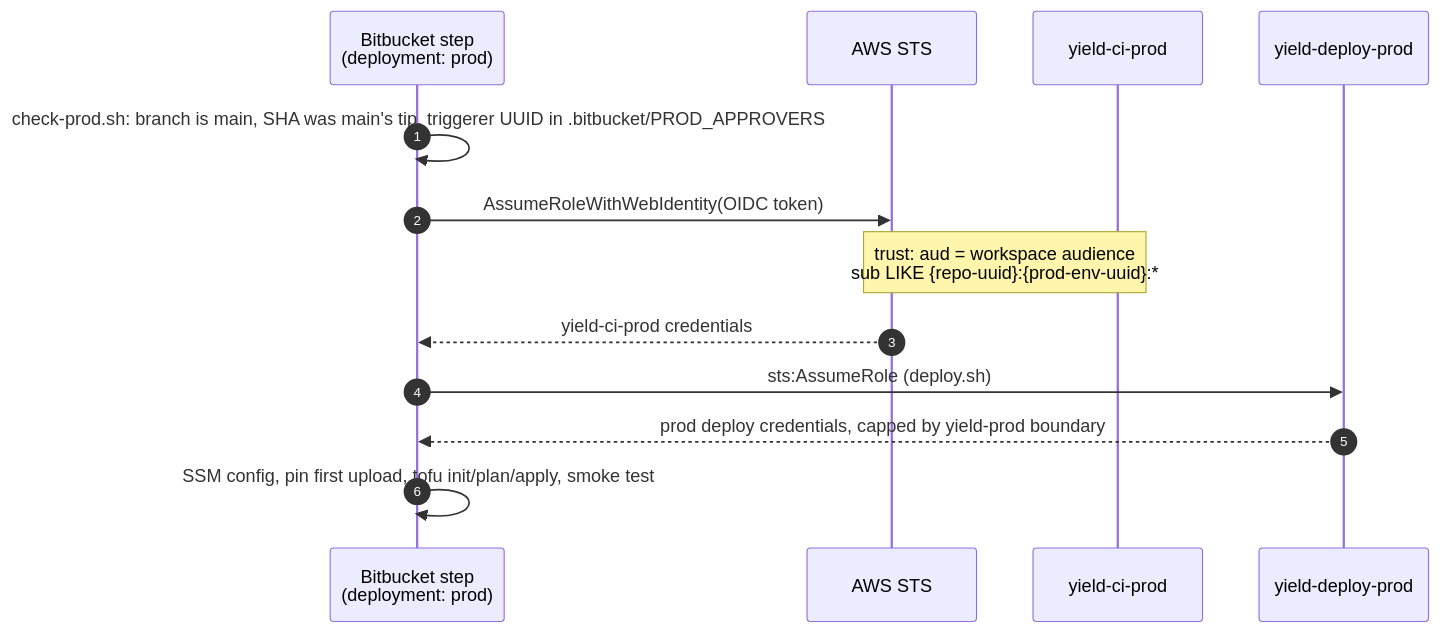
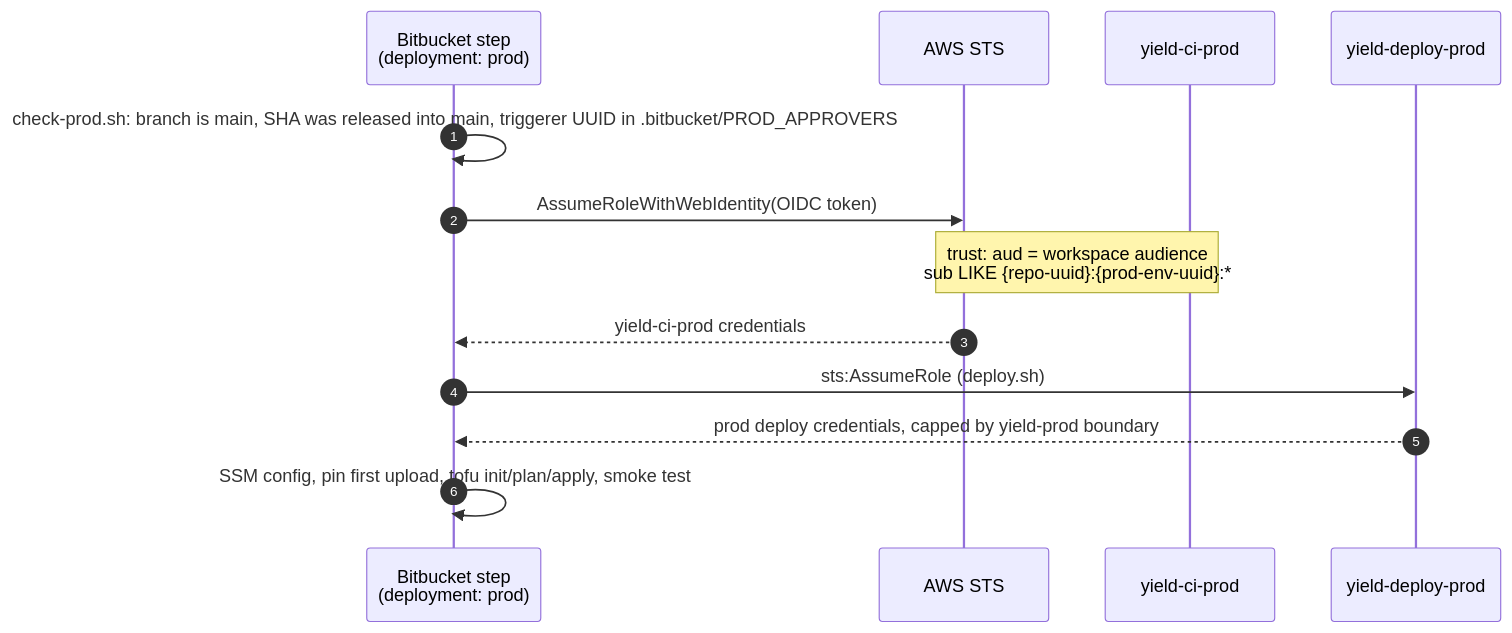
One commit to artyfartymarty/aws-cicd-pipeline changed the second of 2 diagrams in docs/vault/Yield work pattern.md. Above: the diagram before and after it, drawn with Mermaid. The commit also changed other lines of this file and 30 other files, not shown here.

First line of the commit message:
Add the dev branch and release PR flow with semantic version tags

````diff
--- a/docs/vault/Yield work pattern.md
+++ b/docs/vault/Yield work pattern.md
@@ -31,15 +35,15 @@
 ```mermaid
 sequenceDiagram
   autonumber
   participant BB as Bitbucket step<br/>(deployment: prod)
   participant STS as AWS STS
   participant CP as yield-ci-prod
   participant DP as yield-deploy-prod
-  BB->>BB: check-prod.sh: branch is main, SHA was main's tip, triggerer UUID in .bitbucket/PROD_APPROVERS
+  BB->>BB: check-prod.sh: branch is main, SHA was released into main, triggerer UUID in .bitbucket/PROD_APPROVERS
   BB->>STS: AssumeRoleWithWebIdentity(OIDC token)
   Note over STS,CP: trust: aud = workspace audience<br/>sub LIKE {repo-uuid}:{prod-env-uuid}:*
   STS-->>BB: yield-ci-prod credentials
   BB->>DP: sts:AssumeRole (deploy.sh)
   DP-->>BB: prod deploy credentials, capped by yield-prod boundary
   BB->>BB: SSM config, pin first upload, tofu init/plan/apply, smoke test
 ```
````
